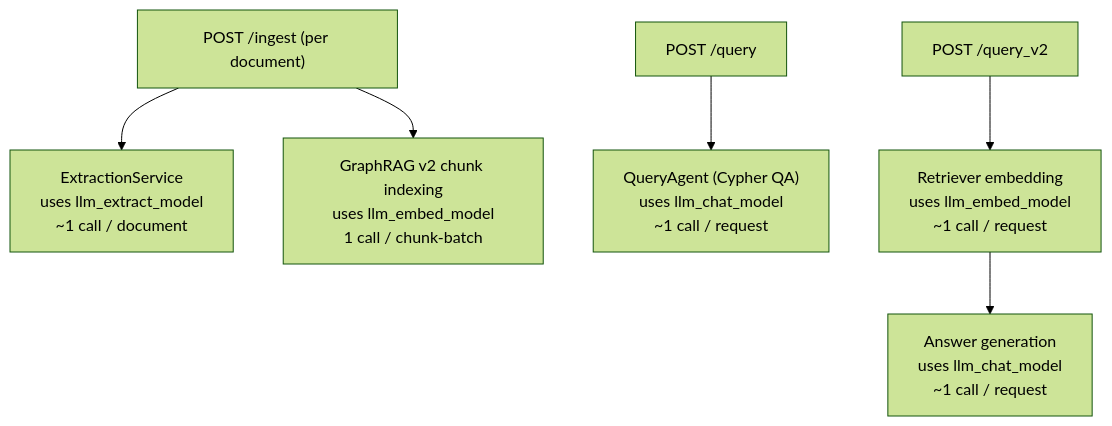
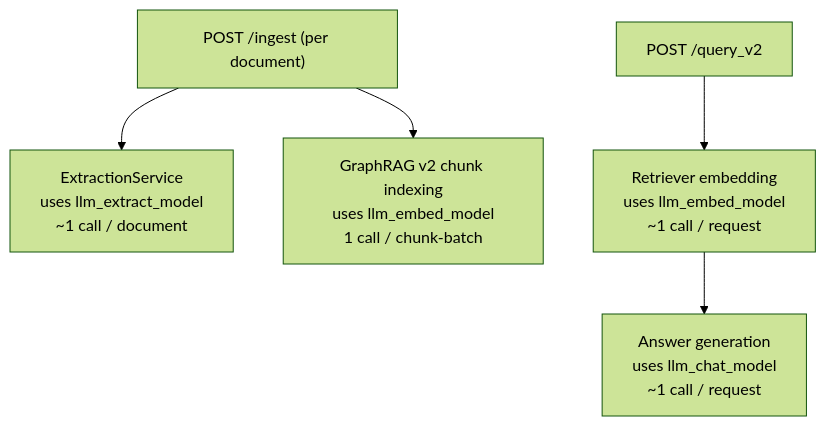
Before and after one commit to MGR-WUT/SecSearch: the diagram in DocsBasedSupport/README.md, drawn with Mermaid (forest theme). The commit also changed other lines of this file and 6 other files, not shown here.

````diff
--- a/DocsBasedSupport/README.md
+++ b/DocsBasedSupport/README.md
@@ -44,9 +41,8 @@
 ```mermaid
 flowchart TD
     A["POST /ingest (per document)"] --> B["ExtractionService<br/>uses llm_extract_model<br/>~1 call / document"]
     A --> D["GraphRAG v2 chunk indexing<br/>uses llm_embed_model<br/>1 call / chunk-batch"]
 
-    E["POST /query"] --> F["QueryAgent (Cypher QA)<br/>uses llm_chat_model<br/>~1 call / request"]
     G["POST /query_v2"] --> H["Retriever embedding<br/>uses llm_embed_model<br/>~1 call / request"]
     H --> I["Answer generation<br/>uses llm_chat_model<br/>~1 call / request"]
 ```
````
